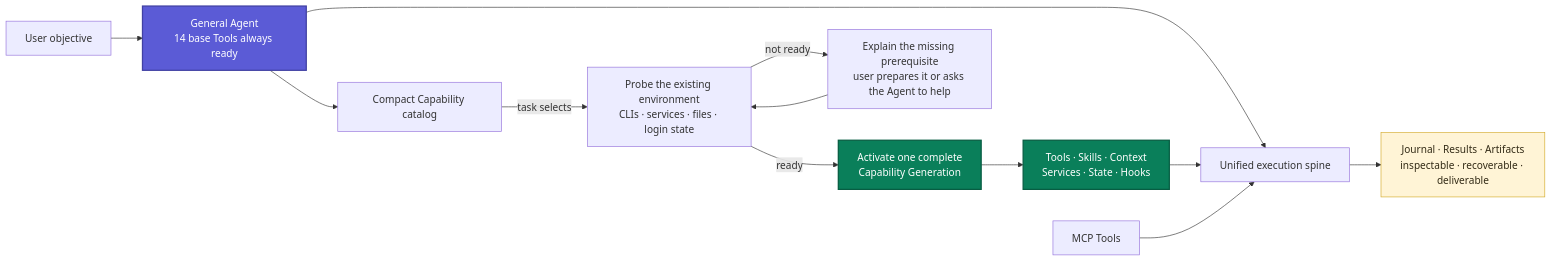
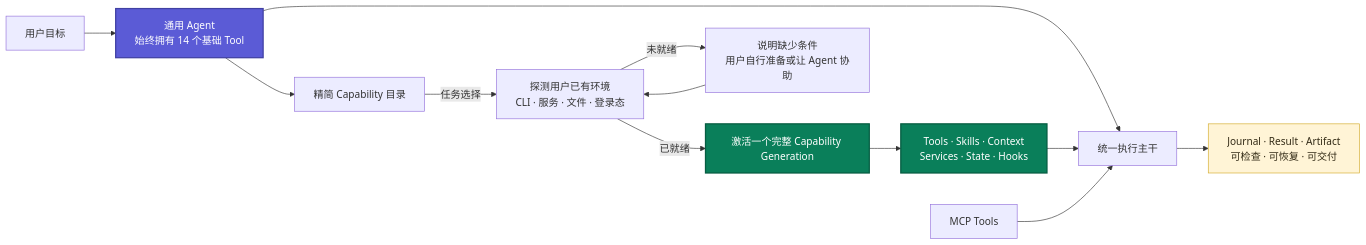
The first of 2 diagrams in README.md (SylvanasW1ndrunner/Nexus), drawn with Mermaid before and after one commit. The commit also changed other lines of this file and 5 other files, not shown here.

```diff
--- a/README.md
+++ b/README.md
@@ -50,23 +47,23 @@
 ~~~mermaid
 flowchart LR
-    U["User objective"] --> A["General Agent<br/>14 base Tools always ready"]
-    A --> D["Compact Capability catalog"]
-    D -->|task selects| P["Probe the existing environment<br/>CLIs · services · files · login state"]
-    P -->|ready| G["Activate one complete<br/>Capability Generation"]
-    P -->|not ready| H["Explain the missing prerequisite<br/>user prepares it or asks the Agent to help"]
+    U["用户目标"] --> A["通用 Agent<br/>始终拥有 14 个基础 Tool"]
+    A --> D["精简 Capability 目录"]
+    D -->|任务选择| P["探测用户已有环境<br/>CLI · 服务 · 文件 · 登录态"]
+    P -->|已就绪| G["激活一个完整 Capability Generation"]
+    P -->|未就绪| H["说明缺少条件<br/>用户自行准备或让 Agent 协助"]
     H --> P
 
     G --> C["Tools · Skills · Context<br/>Services · State · Hooks"]
-    A --> E["Unified execution spine"]
+    A --> E["统一执行主干"]
     C --> E
     M["MCP Tools"] --> E
 
-    E --> J["Journal · Results · Artifacts<br/>inspectable · recoverable · deliverable"]
+    E --> J["Journal · Result · Artifact<br/>可检查 · 可恢复 · 可交付"]
 
     classDef core fill:#5b5bd6,color:#fff,stroke:#4141a3,stroke-width:2px;
     classDef cap fill:#0a7f5a,color:#fff,stroke:#075d42,stroke-width:2px;
     classDef result fill:#fff4d6,color:#332b16,stroke:#d3a928;
     class A core;
     class G,C cap;
     class J result;
 ~~~
```
